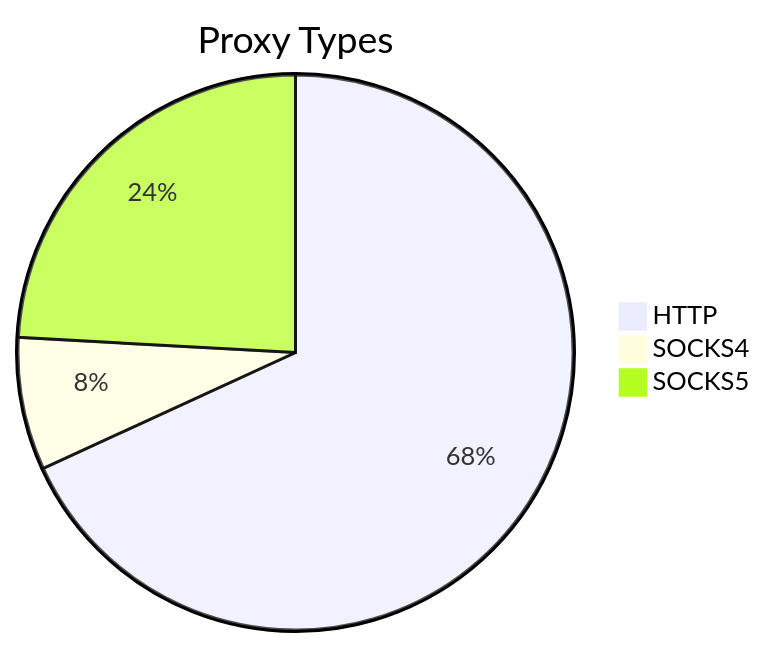
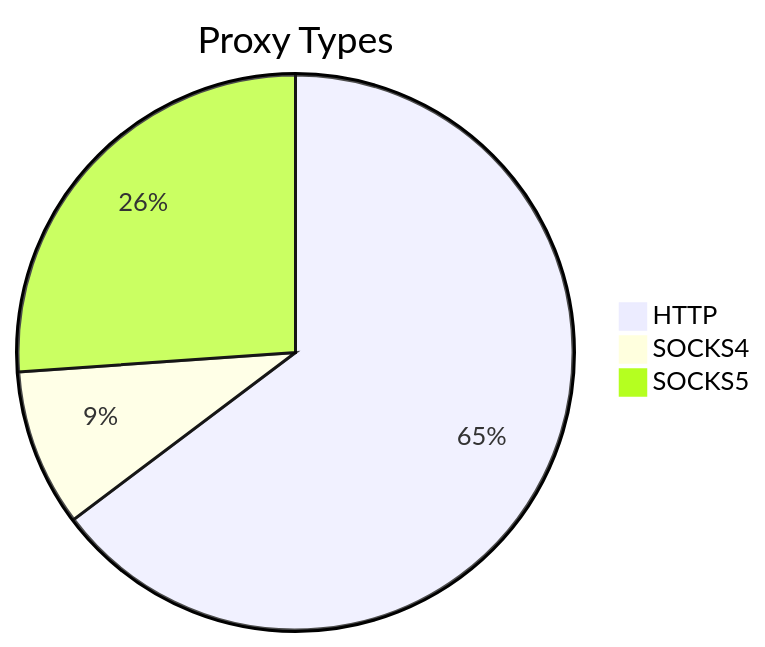
One commit to stormsia/proxy-list changed the first of 2 diagrams in README.md. Above: the diagram before and after it, drawn with Mermaid. The commit also changed other lines of this file, not shown here.

````diff
--- a/README.md
+++ b/README.md
@@ -21,6 +21,6 @@
 ```mermaid
 pie title Proxy Types
-    "HTTP" : 353
-    "SOCKS4" : 40
-    "SOCKS5" : 125
+    "HTTP" : 523
+    "SOCKS4" : 74
+    "SOCKS5" : 211
 ```
````
